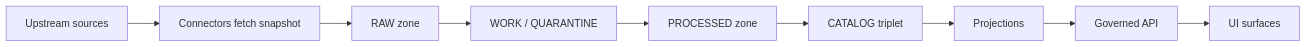
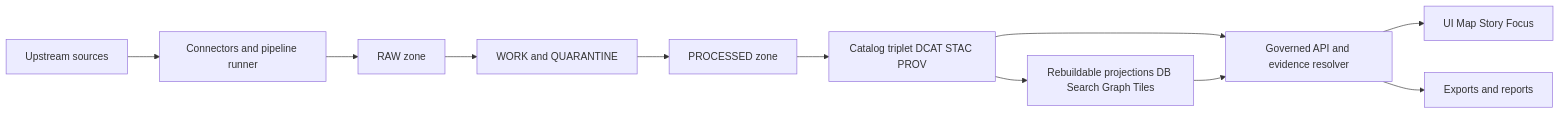
The first of 3 diagrams in README.md (bartytime4life/Kansas-Frontier-Matrix), drawn with Mermaid before and after one commit. The commit also changed other lines of this file, not shown here.

````diff
--- a/README.md
+++ b/README.md
@@ -84,11 +94,13 @@
-```mermaid
+~~~mermaid
 flowchart LR
-  S[Upstream sources] --> C[Connectors fetch snapshot]
-  C --> R[RAW zone]
-  R --> W[WORK / QUARANTINE]
-  W --> P[PROCESSED zone]
-  P --> T[CATALOG triplet]
-  T --> X[Projections]
-  X --> API[Governed API]
-  API --> UI[UI surfaces]
-```
+  A[Upstream sources] --> B[Connectors and pipeline runner]
+  B --> C[RAW zone]
+  C --> D[WORK and QUARANTINE]
+  D --> E[PROCESSED zone]
+  E --> F[Catalog triplet DCAT STAC PROV]
+  F --> G[Rebuildable projections DB Search Graph Tiles]
+  F --> H[Governed API and evidence resolver]
+  G --> H
+  H --> I[UI Map Story Focus]
+  H --> J[Exports and reports]
+~~~
````
